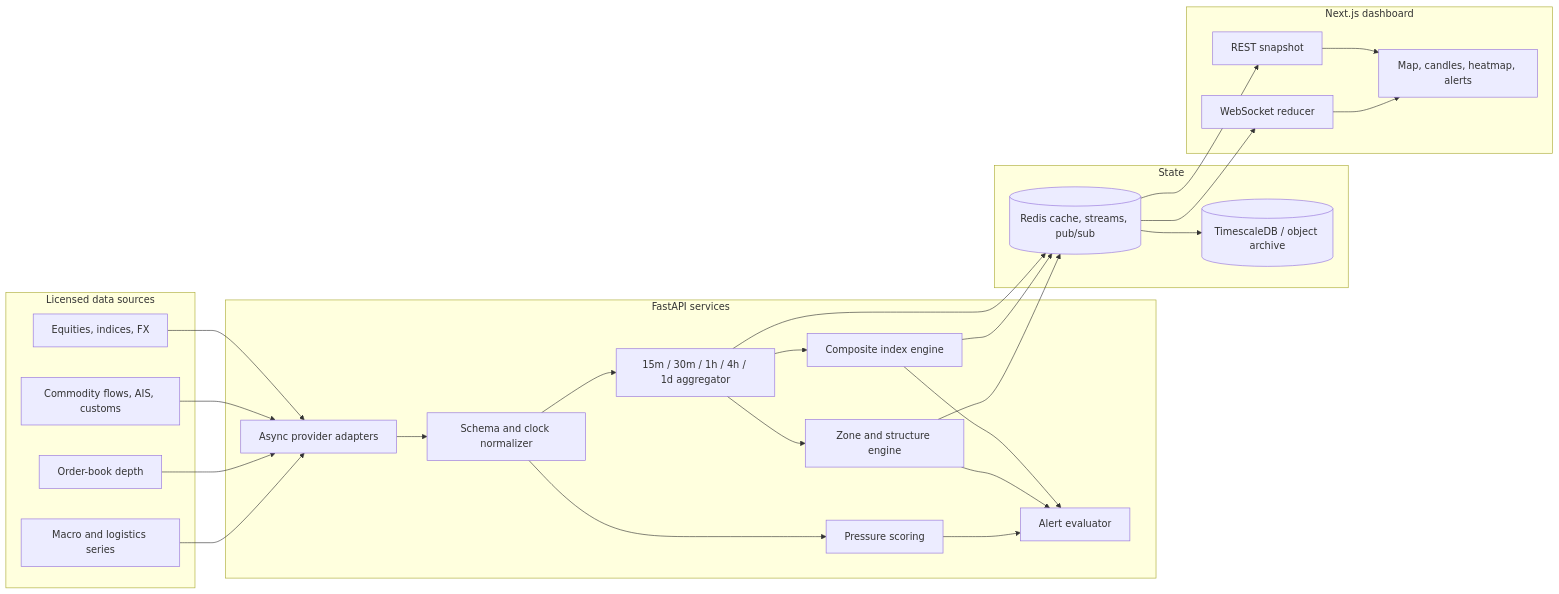
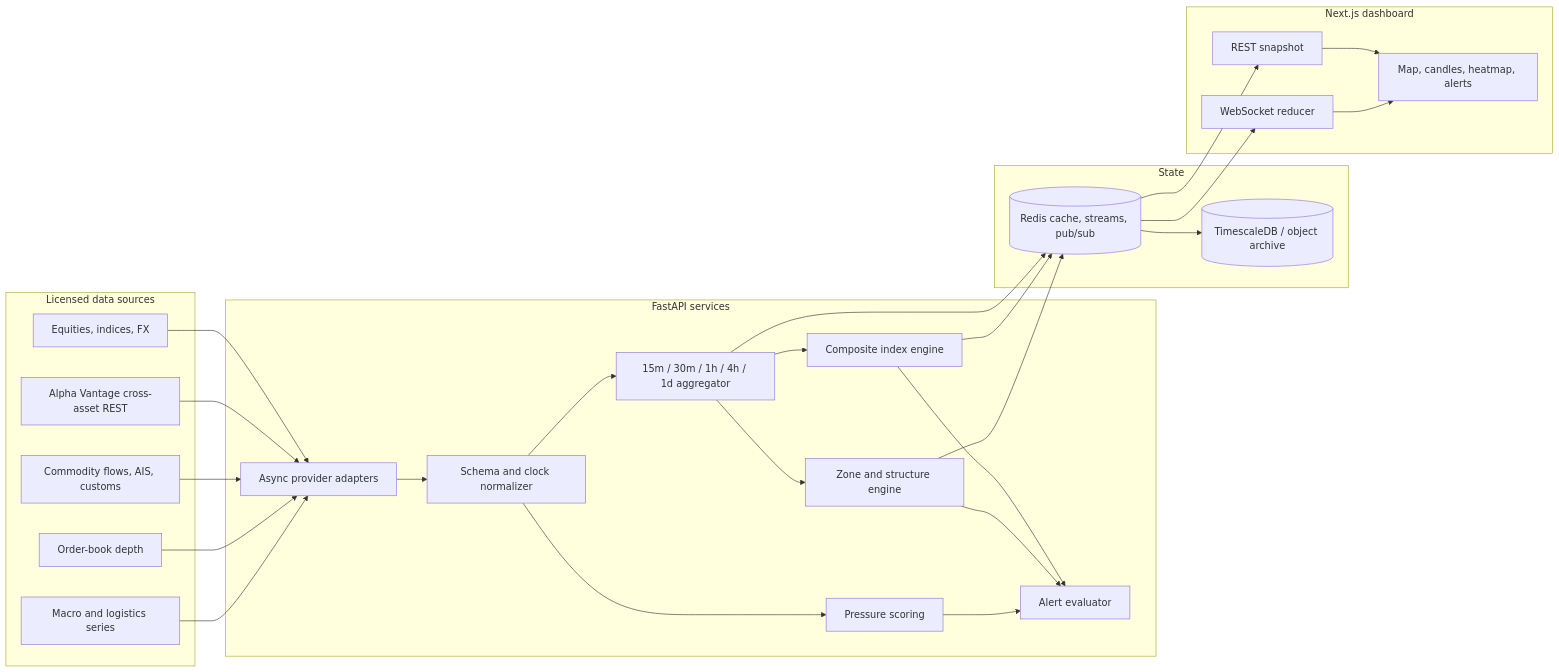
The diagram in docs/ARCHITECTURE.md (abadget1/GMI), drawn with Mermaid before and after one commit. The commit also changed other lines of this file and 14 other files, not shown here.

````diff
--- a/docs/ARCHITECTURE.md
+++ b/docs/ARCHITECTURE.md
@@ -5,50 +5,52 @@
 ```mermaid
 flowchart LR
     subgraph Sources[Licensed data sources]
+      AV[Alpha Vantage cross-asset REST]
       PX[Equities, indices, FX]
       FLOW[Commodity flows, AIS, customs]
       BOOK[Order-book depth]
       MACRO[Macro and logistics series]
     end
 
     subgraph API[FastAPI services]
       ADAPT[Async provider adapters]
       NORM[Schema and clock normalizer]
       BARS[15m / 30m / 1h / 4h / 1d aggregator]
       IDX[Composite index engine]
       ZONE[Zone and structure engine]
       PRESS[Pressure scoring]
       ALERT[Alert evaluator]
     end
 
     subgraph State[State]
       REDIS[(Redis cache, streams, pub/sub)]
       TS[(TimescaleDB / object archive)]
     end
 
     subgraph Client[Next.js dashboard]
       SNAP[REST snapshot]
       WS[WebSocket reducer]
       UI[Map, candles, heatmap, alerts]
     end
 
     PX --> ADAPT
+    AV --> ADAPT
     FLOW --> ADAPT
     BOOK --> ADAPT
     MACRO --> ADAPT
     ADAPT --> NORM --> BARS
     BARS --> IDX
     BARS --> ZONE
     NORM --> PRESS
     IDX --> ALERT
     ZONE --> ALERT
     PRESS --> ALERT
     BARS --> REDIS
     IDX --> REDIS
     ZONE --> REDIS
     REDIS --> TS
     REDIS --> SNAP
     REDIS --> WS
     SNAP --> UI
     WS --> UI
 ```
````
